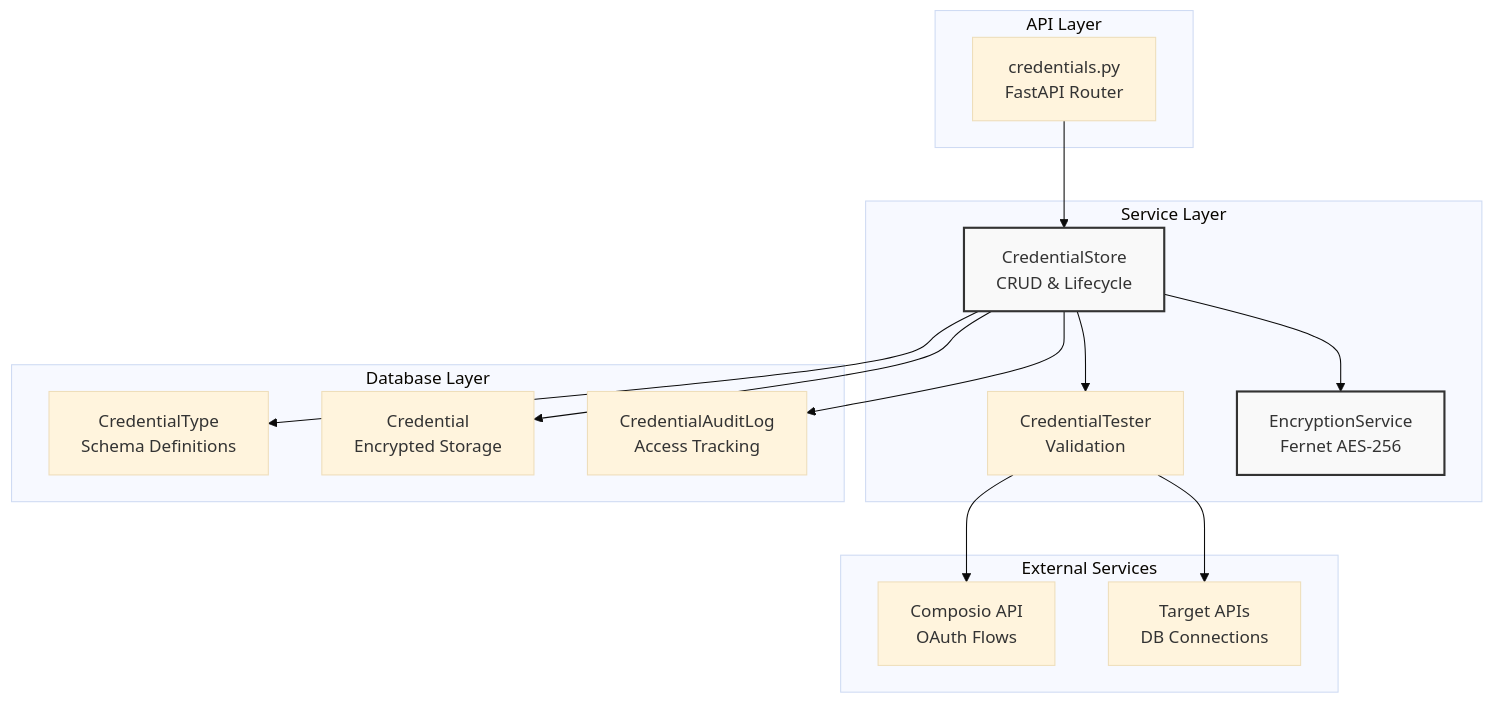
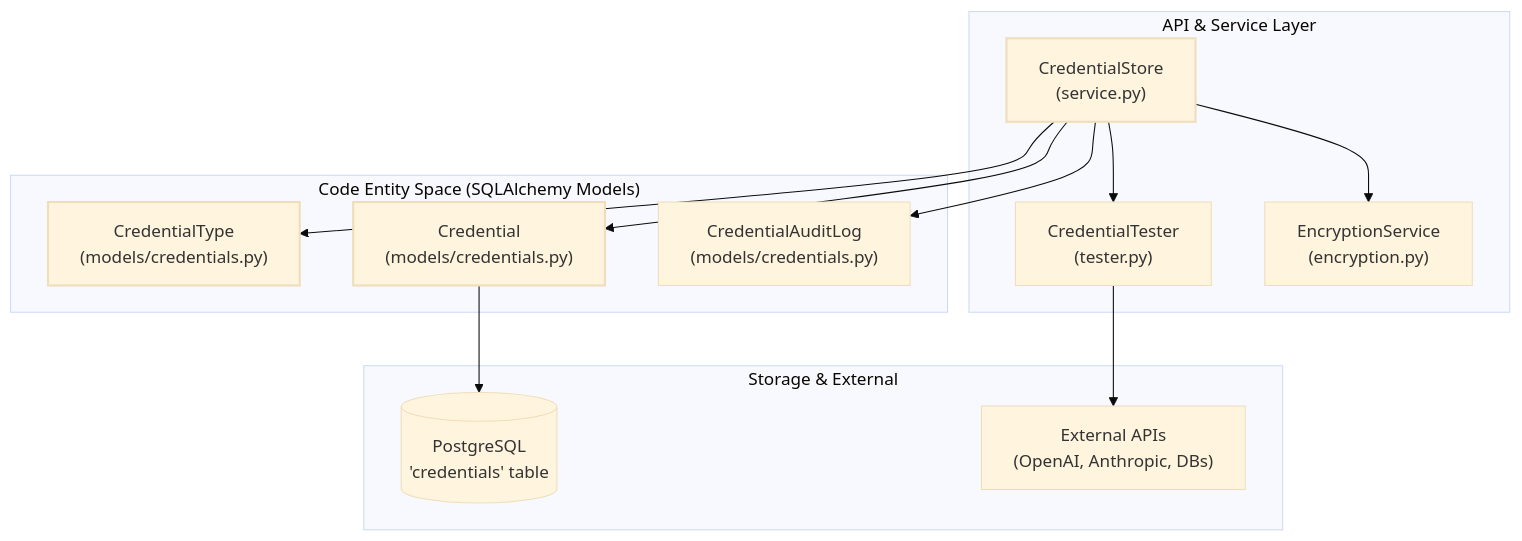
The first of 2 diagrams in docs/authentication-multi-tenancy/credentials-management.md (AutomatosAI/automatos-ai), drawn with Mermaid (base theme) before and after one commit. The commit also changed other lines of this file and 149 other files, not shown here.

Commit message:
docs: refresh documentation with graphify semantic scan

````diff
--- a/docs/authentication-multi-tenancy/credentials-management.md
+++ b/docs/authentication-multi-tenancy/credentials-management.md
@@ -38,36 +46,32 @@
 ```mermaid
 graph TB
-    subgraph "API Layer"
-        API["credentials.py<br/>FastAPI Router"]
+    subgraph "API & Service Layer"
+        Store["CredentialStore<br/>(service.py)"]
+        Tester["CredentialTester<br/>(tester.py)"]
+        Encryption["EncryptionService<br/>(encryption.py)"]
     end
     
-    subgraph "Service Layer"
-        Store["CredentialStore<br/>CRUD & Lifecycle"]
-        Tester["CredentialTester<br/>Validation"]
-        Encryption["EncryptionService<br/>Fernet AES-256"]
+    subgraph "Code Entity Space (SQLAlchemy Models)"
+        TypeModel["CredentialType<br/>(models/credentials.py)"]
+        CredModel["Credential<br/>(models/credentials.py)"]
+        AuditModel["CredentialAuditLog<br/>(models/credentials.py)"]
     end
     
-    subgraph "Database Layer"
-        TypeModel["CredentialType<br/>Schema Definitions"]
-        CredModel["Credential<br/>Encrypted Storage"]
-        AuditModel["CredentialAuditLog<br/>Access Tracking"]
+    subgraph "Storage & External"
+        DB[("PostgreSQL<br/>'credentials' table")]
+        Targets["External APIs<br/>(OpenAI, Anthropic, DBs)"]
     end
     
-    subgraph "External Services"
-        Composio["Composio API<br/>OAuth Flows"]
-        TestTargets["Target APIs<br/>DB Connections"]
-    end
-    
-    API --> Store
-    Store --> Encryption
-    Store --> Tester
     Store --> TypeModel
     Store --> CredModel
+    Store --> Encryption
     Store --> AuditModel
     
-    Tester --> TestTargets
-    Tester --> Composio
+    Tester --> Targets
+    Store --> Tester
+    CredModel --> DB
     
-    style Store fill:#f9f9f9,stroke:#333,stroke-width:2px
-    style Encryption fill:#f9f9f9,stroke:#333,stroke-width:2px
+    style Store stroke-width:2px
+    style TypeModel stroke-width:2px
+    style CredModel stroke-width:2px
 ```
````
